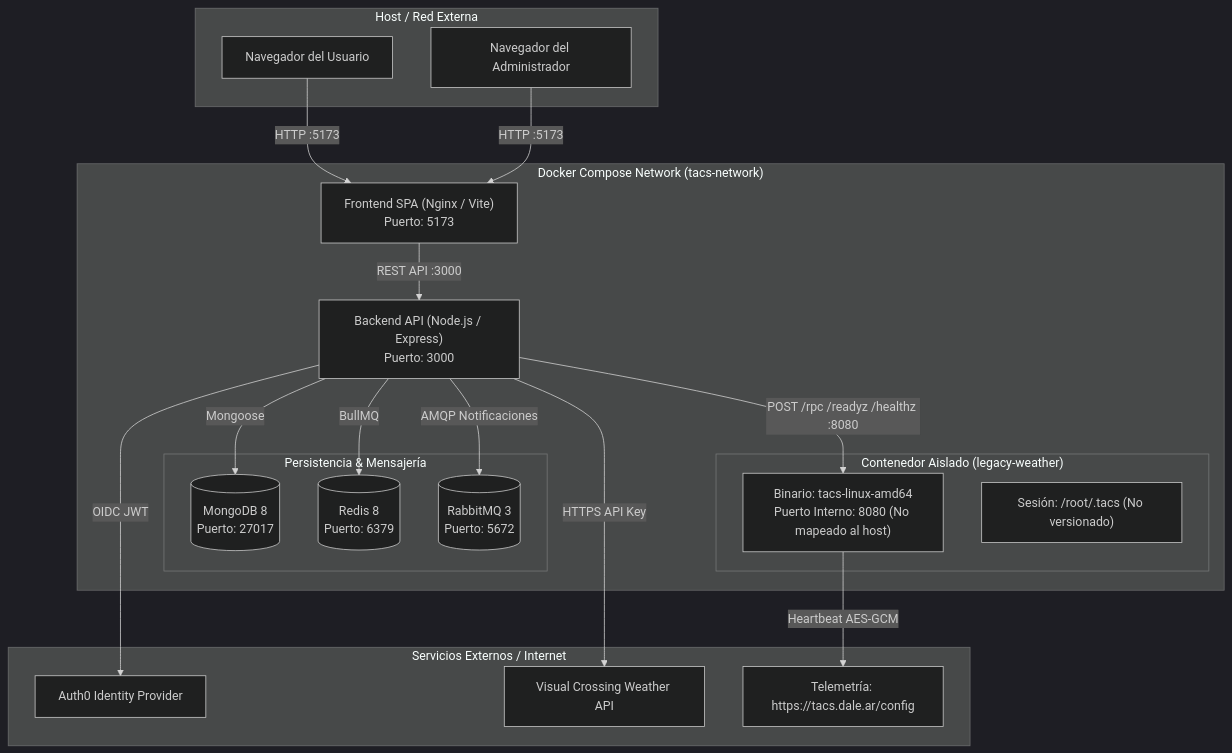
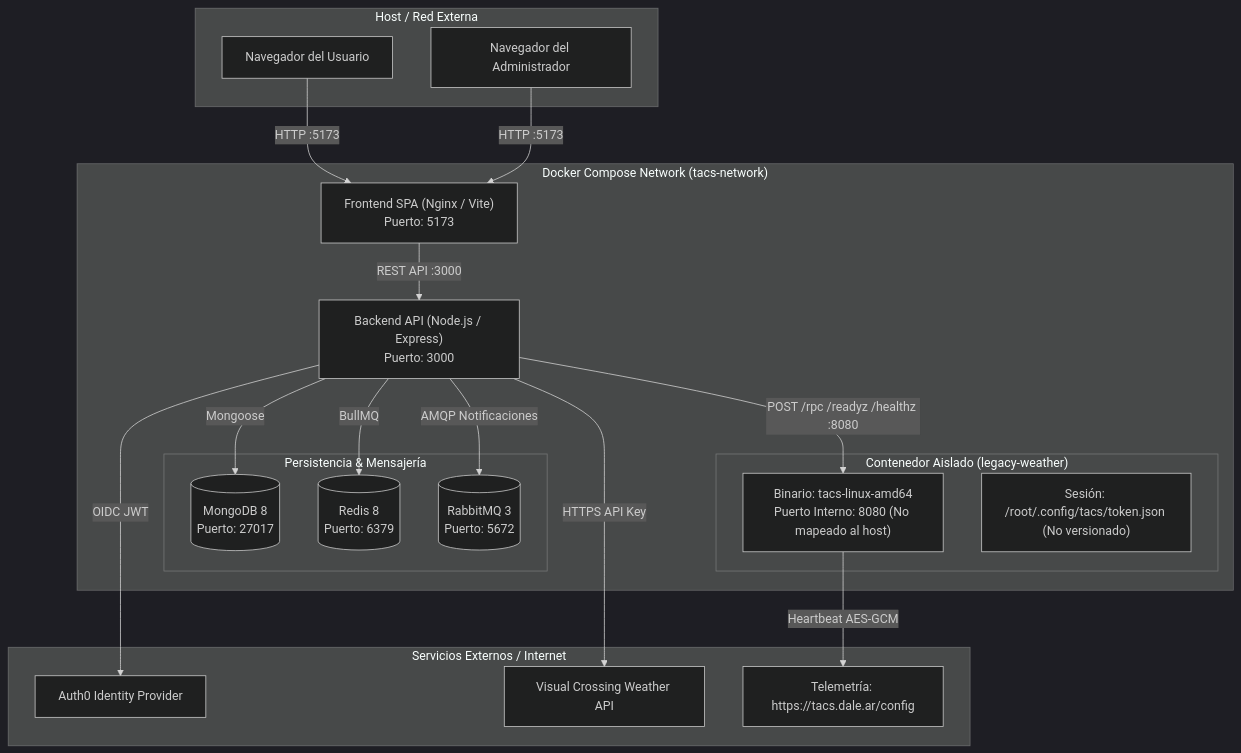
The diagram in docs/ENTREGA_04.md (cuso03/tacs-2026-404-Sol-not-found), drawn with Mermaid (dark theme) before and after one commit. The commit also changed other lines of this file, not shown here.

Commit message:
docs: update token file reference from session.token to token.json in ENTREGA_04.md

````diff
--- a/docs/ENTREGA_04.md
+++ b/docs/ENTREGA_04.md
@@ -71,42 +76,42 @@
 ```mermaid
 flowchart TB
     subgraph Host["Host / Red Externa"]
         UserBrowser["Navegador del Usuario"]
         AdminBrowser["Navegador del Administrador"]
     end
 
     subgraph DockerEnv["Docker Compose Network (tacs-network)"]
         Frontend["Frontend SPA (Nginx / Vite)<br>Puerto: 5173"]
         Backend["Backend API (Node.js / Express)<br>Puerto: 3000"]
         
         subgraph Storage["Persistencia & Mensajería"]
             Mongo[("MongoDB 8<br>Puerto: 27017")]
             Redis[("Redis 8<br>Puerto: 6379")]
             Rabbit[("RabbitMQ 3<br>Puerto: 5672")]
         end
 
         subgraph LegacyBox["Contenedor Aislado (legacy-weather)"]
             LegacyBinary["Binario: tacs-linux-amd64<br>Puerto Interno: 8080 (No mapeado al host)"]
-            TokenVol["Sesión: /root/.tacs (No versionado)"]
+            TokenVol["Sesión: /root/.config/tacs/token.json (No versionado)"]
         end
     end
 
     subgraph ExternalServices["Servicios Externos / Internet"]
         Auth0["Auth0 Identity Provider"]
         VisualCrossing["Visual Crossing Weather API"]
         TelemetryServer["Telemetría: https://tacs.dale.ar/config"]
     end
 
     UserBrowser -->|HTTP :5173| Frontend
     AdminBrowser -->|HTTP :5173| Frontend
     Frontend -->|REST API :3000| Backend
     
     Backend -->|Mongoose| Mongo
     Backend -->|BullMQ| Redis
     Backend -->|AMQP Notificaciones| Rabbit
     Backend -->|HTTPS API Key| VisualCrossing
     Backend -->|OIDC JWT| Auth0
     
     Backend -->|POST /rpc /readyz /healthz :8080| LegacyBinary
     LegacyBinary -->|Heartbeat AES-GCM| TelemetryServer
 ```
````
